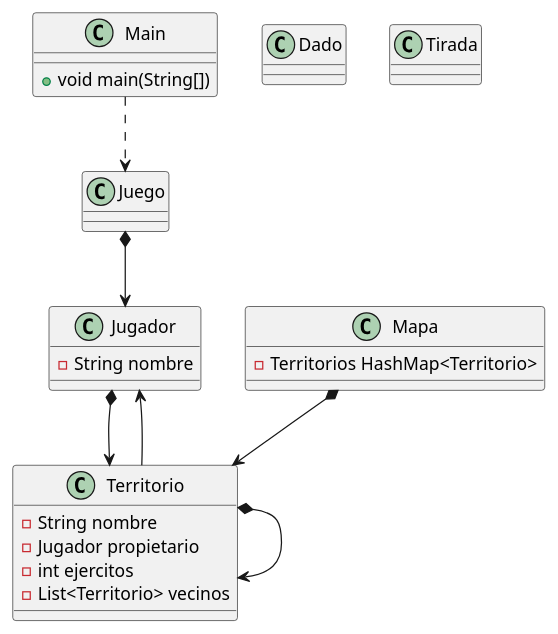
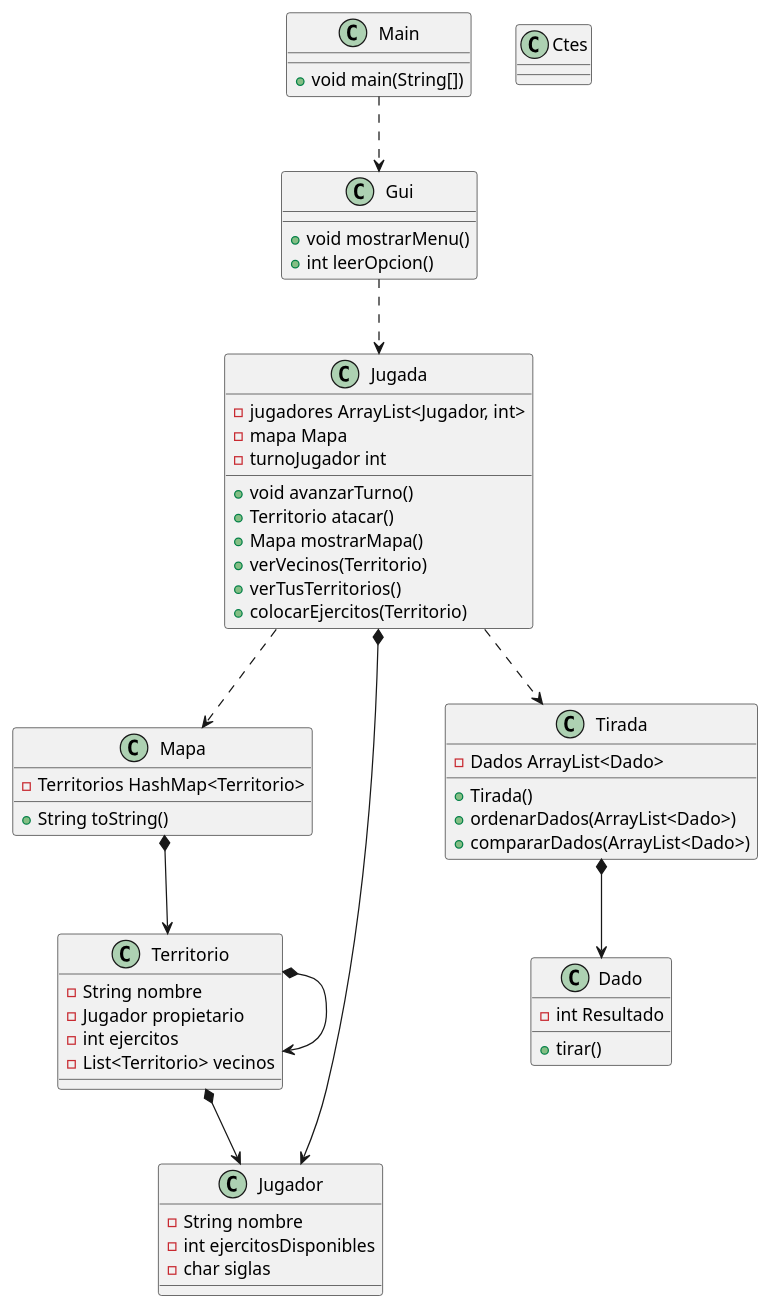
Before and after one commit to hrodriguezp/Imperialist: the diagram in doc/UML/diag_clases.puml, drawn with PlantUML. The commit also changed 2 other files, not shown here.

Commit message:
Puesto los metodos y atributos al diagrama de clases

```diff
--- a/doc/UML/diag_clases.puml
+++ b/doc/UML/diag_clases.puml
@@ -1,55 +1,77 @@
 @startuml
 
 class Main{
 + void main(String[])
-
 }
 
-class Juego{
+class Ctes{
 
 }
 
 class Mapa{
  -Territorios HashMap<Territorio>
+ +String toString()
 }
 
 class Territorio{
  - String nombre
  - Jugador propietario
  - int ejercitos
  - List<Territorio> vecinos
-
 }
 
 class Jugador{
     - String nombre
+    - int ejercitosDisponibles
+    - char siglas
+}
+
+class Jugada{
+    -jugadores ArrayList<Jugador, int>
+    -mapa Mapa
+    -turnoJugador int
+    +void avanzarTurno()
+    +Territorio atacar()
+    +Mapa mostrarMapa()
+    +verVecinos(Territorio)
+    +verTusTerritorios()
+    +colocarEjercitos(Territorio)
+}
+
+class Gui{
+    +void mostrarMenu()
+    +int leerOpcion()
+}
+
+class Tirada{
+    -Dados ArrayList<Dado>
+    +Tirada()
+    +ordenarDados(ArrayList<Dado>)
+    +compararDados(ArrayList<Dado>)
 }
 
 class Dado{
-
-
+    -int Resultado
+    +tirar()
 }
 
-class Tirada{
-
-}
-
-
-Main ..> Juego
+Main ..> Gui
 
 Mapa *--> Territorio
 
-Juego *--> Jugador
+Gui ..> Jugada
 
-Jugador *--> Territorio
+Jugada *--> Jugador
 
 Territorio *--> Territorio
 
-Territorio --> Jugador
+Territorio *--> Jugador
 
+Jugada ..> Tirada
 
+Tirada *--> Dado
 
-
+Jugada ..> Mapa
 
 
 @enduml
```
